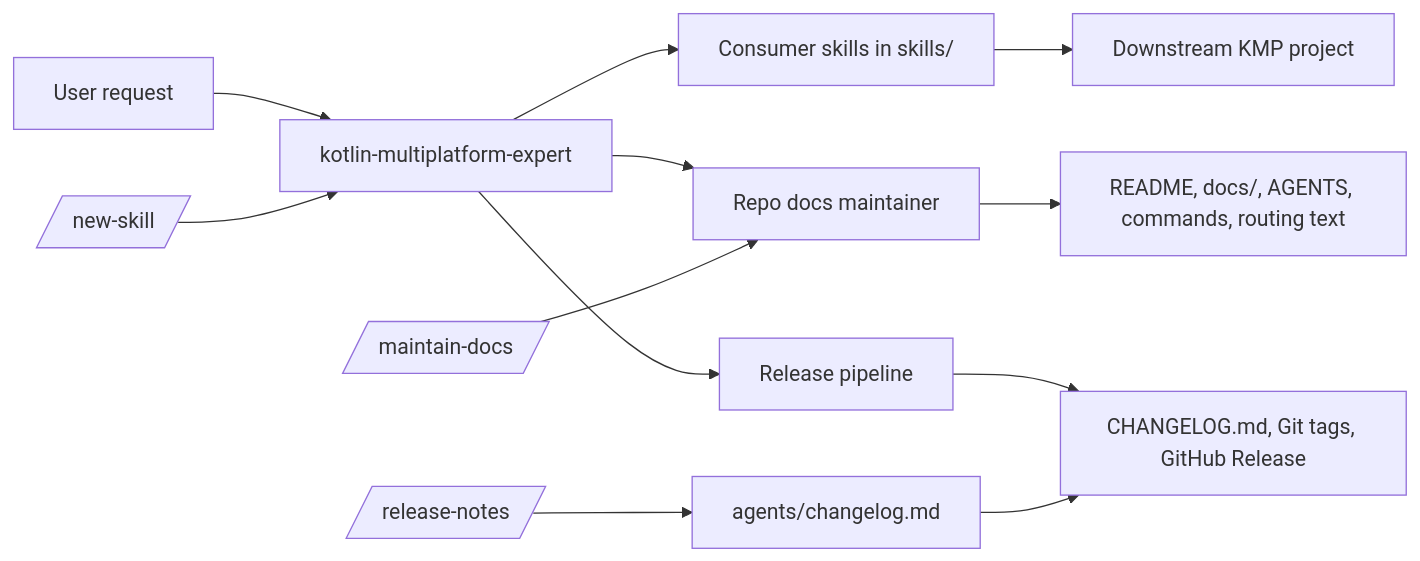
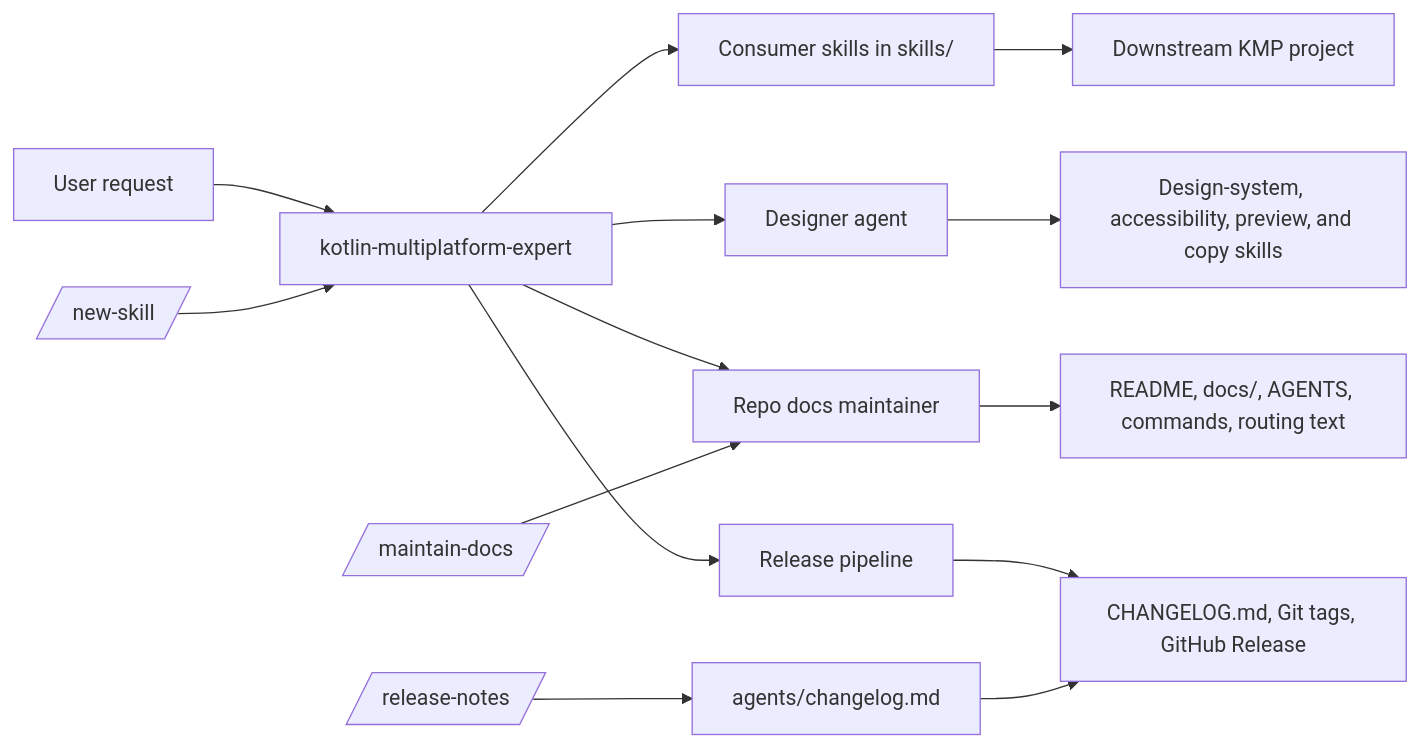
The first of 3 diagrams in README.md (ronjunevaldoz/kmm-agent-skills), drawn with Mermaid before and after one commit. The commit also changed other lines of this file and 3 other files, not shown here.

Commit message:
docs: add designer agent for wireframes and layouts

````diff
--- a/README.md
+++ b/README.md
@@ -45,18 +45,20 @@
 ```mermaid
 flowchart LR
   U[User request] --> E[kotlin-multiplatform-expert]
 
   E --> S[Consumer skills in skills/]
+  E --> X[Designer agent]
   E --> D[Repo docs maintainer]
   E --> R[Release pipeline]
 
   S --> P[Downstream KMP project]
+  X --> Z[Design-system, accessibility, preview, and copy skills]
   D --> RD[README, docs/, AGENTS, commands, routing text]
   R --> C[CHANGELOG.md, Git tags, GitHub Release]
 
   RN[/release-notes/] --> A[agents/changelog.md]
   A --> C
 
   MD[/maintain-docs/] --> D
   NS[/new-skill/] --> E
 ```
````
